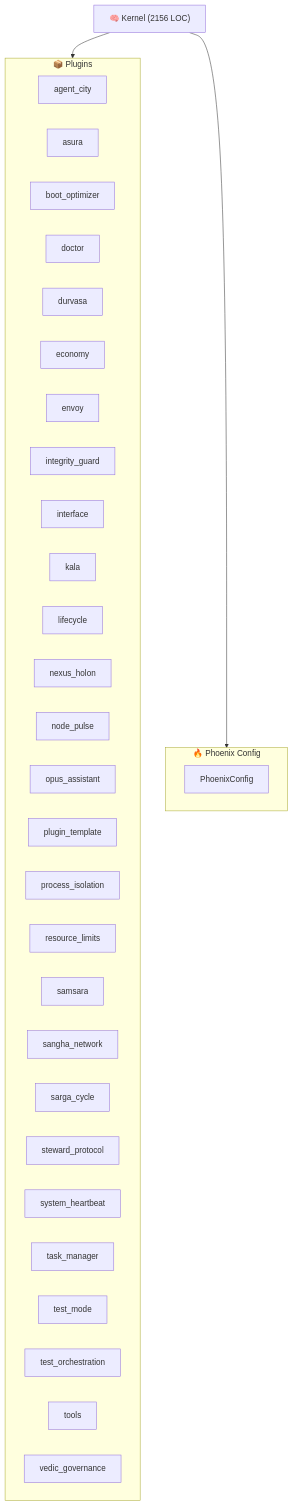
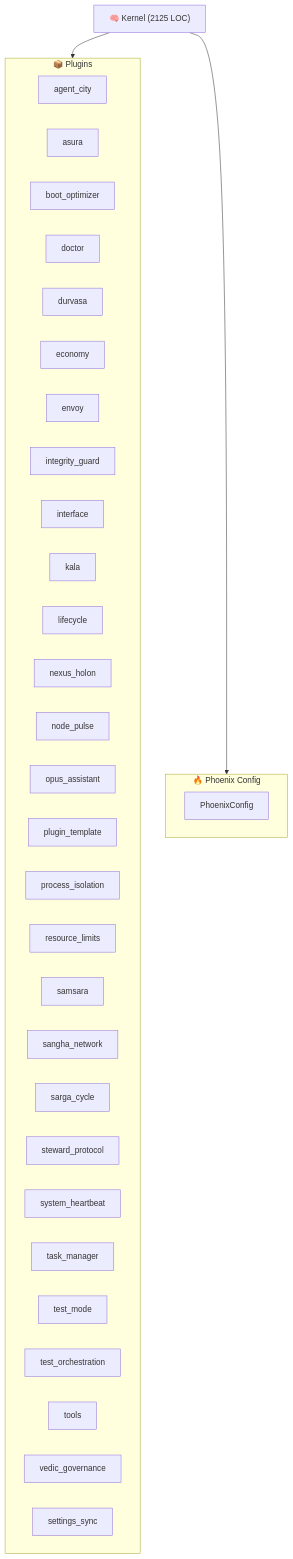
Before and after one commit to kimeisele/steward-protocol: the diagram in ARCHITECTURE.md, drawn with Mermaid. The commit also changed other lines of this file and 11 other files, not shown here.

````diff
--- a/ARCHITECTURE.md
+++ b/ARCHITECTURE.md
@@ -8,38 +8,39 @@
 ```mermaid
 graph TB
-    K["🧠 Kernel (2156 LOC)"]
+    K["🧠 Kernel (2125 LOC)"]
     subgraph Plugins["📦 Plugins"]
         P_agent_city["agent_city"]
         P_asura["asura"]
         P_boot_optimizer["boot_optimizer"]
         P_doctor["doctor"]
         P_durvasa["durvasa"]
         P_economy["economy"]
         P_envoy["envoy"]
         P_integrity_guard["integrity_guard"]
         P_interface["interface"]
         P_kala["kala"]
         P_lifecycle["lifecycle"]
         P_nexus_holon["nexus_holon"]
         P_node_pulse["node_pulse"]
         P_opus_assistant["opus_assistant"]
         P_plugin_template["plugin_template"]
         P_process_isolation["process_isolation"]
         P_resource_limits["resource_limits"]
         P_samsara["samsara"]
         P_sangha_network["sangha_network"]
         P_sarga_cycle["sarga_cycle"]
         P_steward_protocol["steward_protocol"]
         P_system_heartbeat["system_heartbeat"]
         P_task_manager["task_manager"]
         P_test_mode["test_mode"]
         P_test_orchestration["test_orchestration"]
         P_tools["tools"]
         P_vedic_governance["vedic_governance"]
+        P_settings_sync["settings_sync"]
     end
     K --> Plugins
     subgraph Config["🔥 Phoenix Config"]
         PC[PhoenixConfig]
     end
     K --> Config
 ```
````
